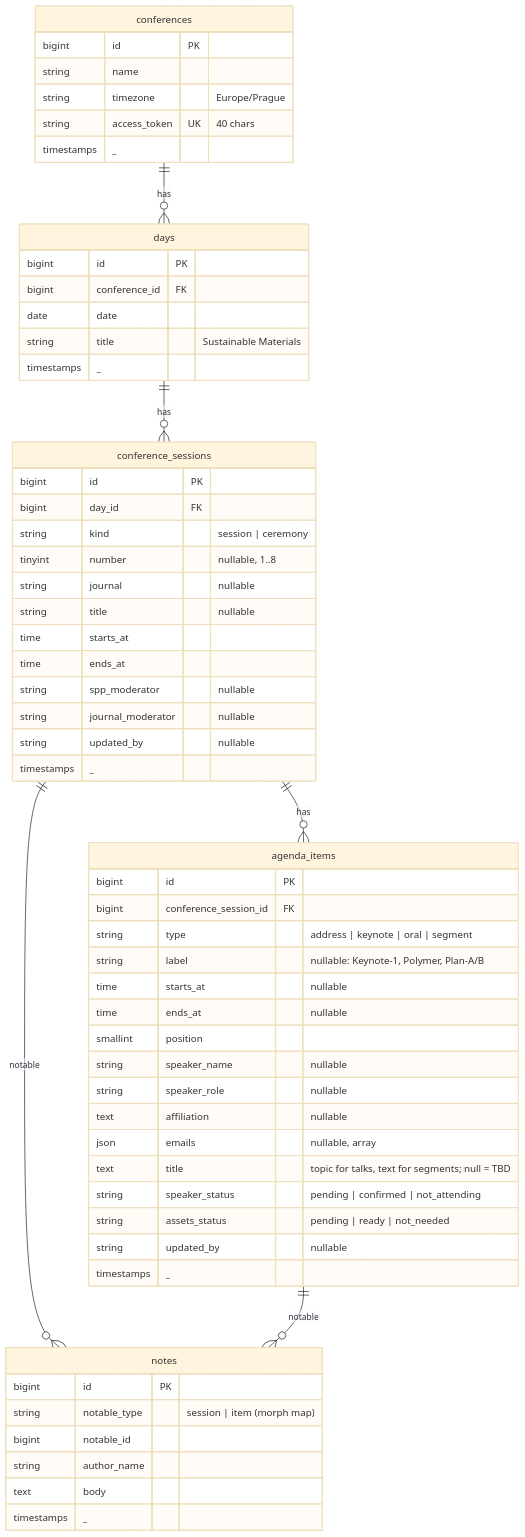
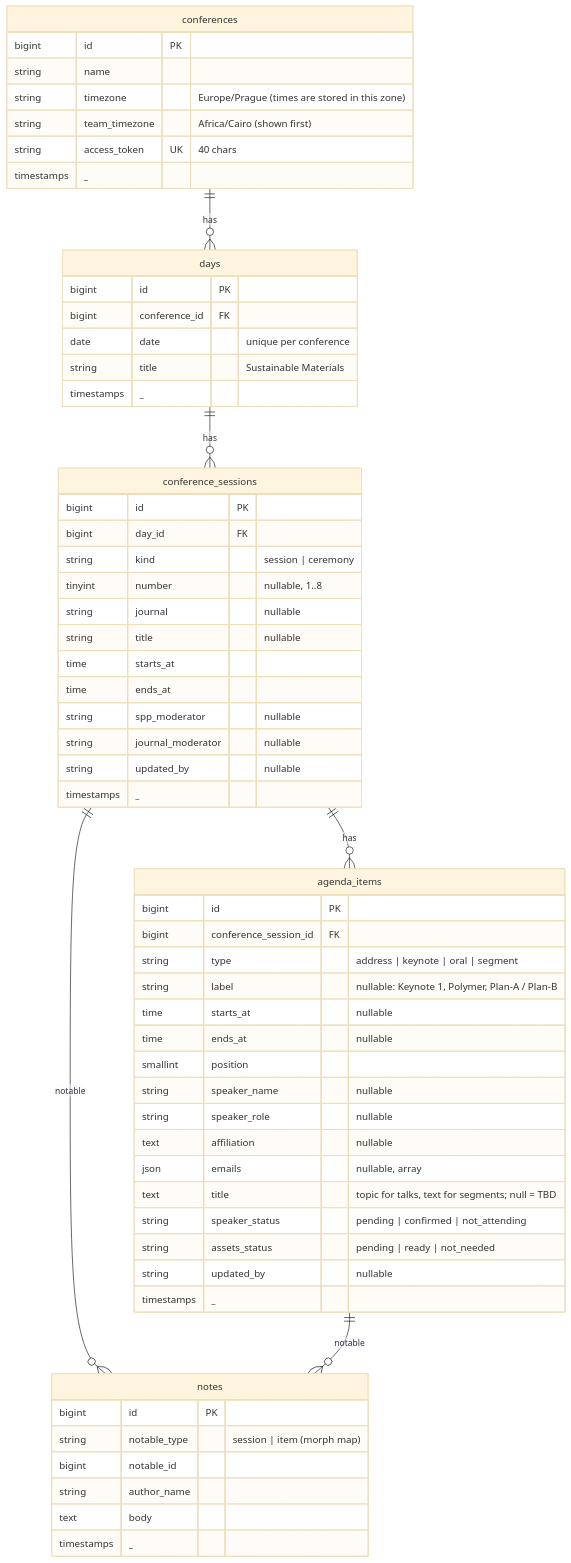
Before and after one commit to amradawii/spp-conference-manager: the diagram in docs/system-design.md, drawn with Mermaid (base theme). The commit also changed other lines of this file and 73 other files, not shown here.

Commit message:
Phases 0-2: Inertia v3 + Svelte 5 setup, data model and PDF seed, read-only schedule board with Cairo/Prague times

````diff
--- a/docs/system-design.md
+++ b/docs/system-design.md
@@ -222,63 +241,64 @@
 ```mermaid
 erDiagram
     conferences ||--o{ days : has
     days ||--o{ conference_sessions : has
     conference_sessions ||--o{ agenda_items : has
     conference_sessions ||--o{ notes : "notable"
     agenda_items ||--o{ notes : "notable"
 
     conferences {
         bigint id PK
         string name
-        string timezone "Europe/Prague"
+        string timezone "Europe/Prague (times are stored in this zone)"
+        string team_timezone "Africa/Cairo (shown first)"
         string access_token UK "40 chars"
         timestamps _
     }
     days {
         bigint id PK
         bigint conference_id FK
-        date date
+        date date "unique per conference"
         string title "Sustainable Materials"
         timestamps _
     }
     conference_sessions {
         bigint id PK
         bigint day_id FK
         string kind "session | ceremony"
         tinyint number "nullable, 1..8"
         string journal "nullable"
         string title "nullable"
         time starts_at
         time ends_at
         string spp_moderator "nullable"
         string journal_moderator "nullable"
         string updated_by "nullable"
         timestamps _
     }
     agenda_items {
         bigint id PK
         bigint conference_session_id FK
         string type "address | keynote | oral | segment"
-        string label "nullable: Keynote-1, Polymer, Plan-A/B"
+        string label "nullable: Keynote 1, Polymer, Plan-A / Plan-B"
         time starts_at "nullable"
         time ends_at "nullable"
         smallint position
         string speaker_name "nullable"
         string speaker_role "nullable"
         text affiliation "nullable"
         json emails "nullable, array"
         text title "topic for talks, text for segments; null = TBD"
         string speaker_status "pending | confirmed | not_attending"
         string assets_status "pending | ready | not_needed"
         string updated_by "nullable"
         timestamps _
     }
     notes {
         bigint id PK
         string notable_type "session | item (morph map)"
         bigint notable_id
         string author_name
         text body
         timestamps _
     }
 ```
````
